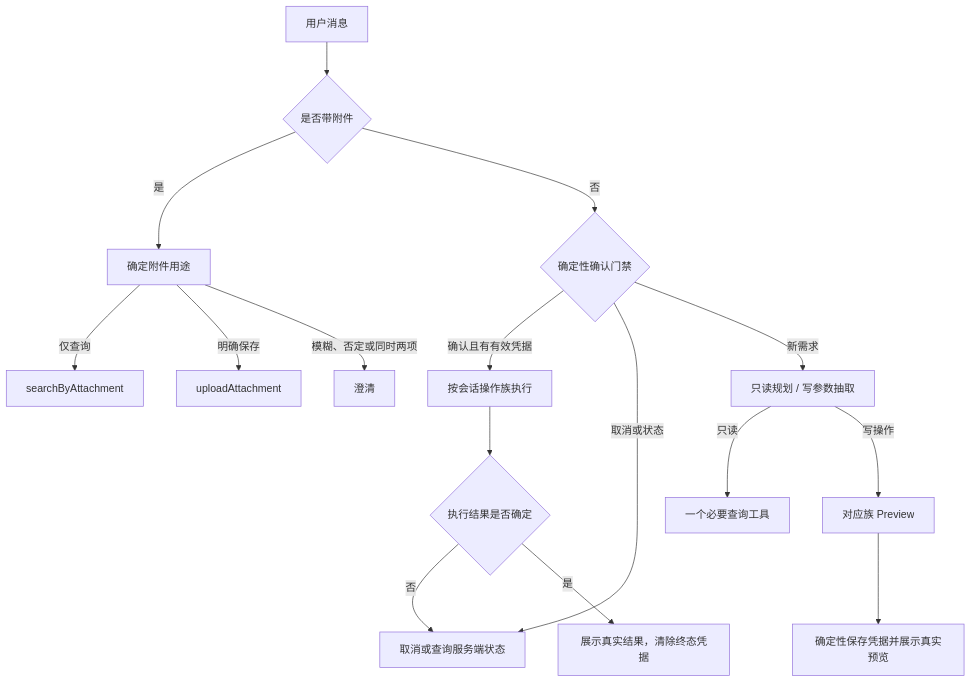
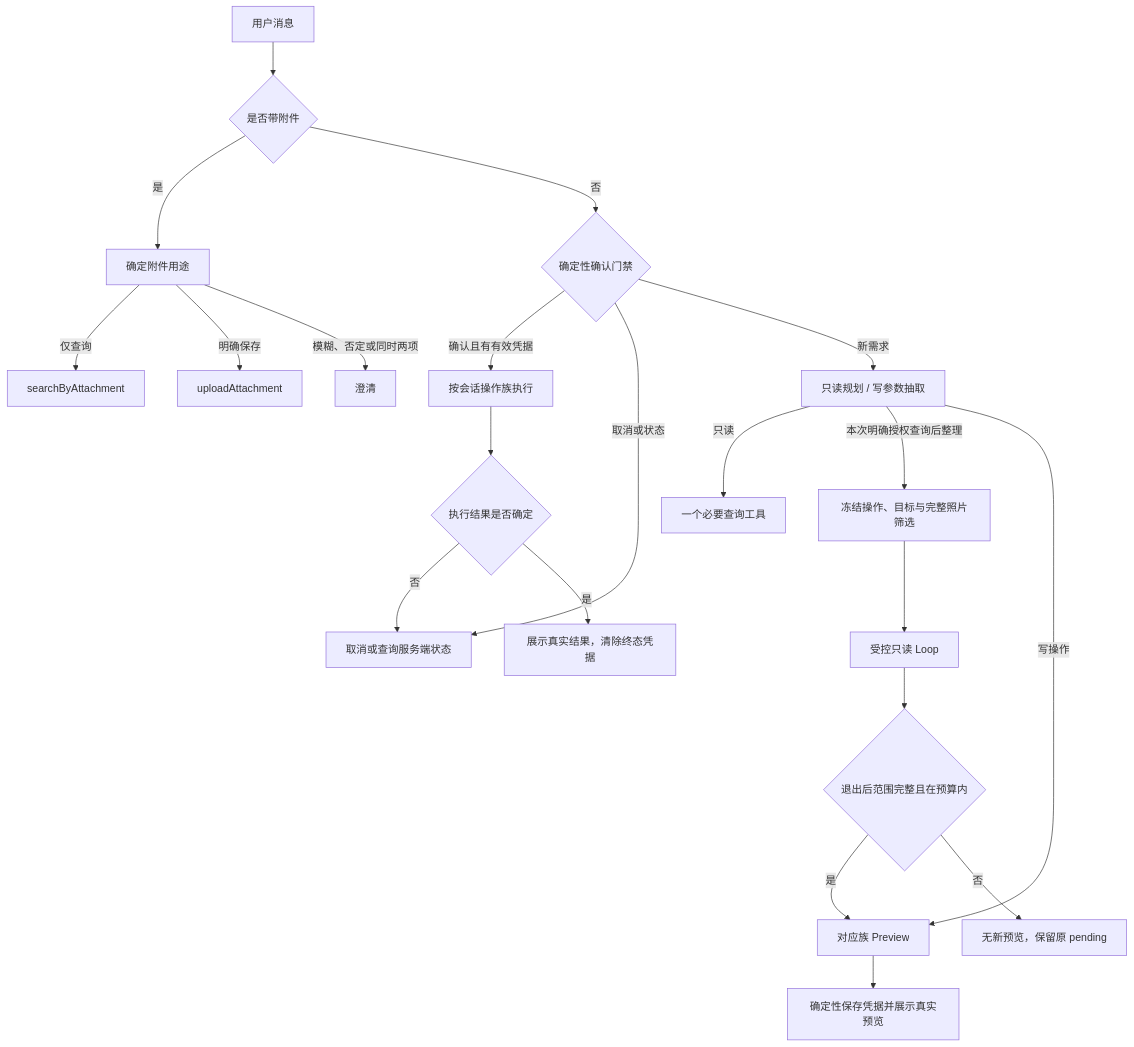
The diagram in docs/dify-agent-write-workflow-guide.md (Jasper-xxx/cloud-album-ai), drawn with Mermaid before and after one commit. The commit also changed other lines of this file and 30 other files, not shown here.

````diff
--- a/docs/dify-agent-write-workflow-guide.md
+++ b/docs/dify-agent-write-workflow-guide.md
@@ -16,18 +18,23 @@
 ```mermaid
 flowchart TD
     A["用户消息"] --> B{"是否带附件"}
     B -->|是| C["确定附件用途"]
     C -->|仅查询| D["searchByAttachment"]
     C -->|明确保存| E["uploadAttachment"]
     C -->|模糊、否定或同时两项| F["澄清"]
     B -->|否| G{"确定性确认门禁"}
     G -->|确认且有有效凭据| H["按会话操作族执行"]
     G -->|取消或状态| I["取消或查询服务端状态"]
     G -->|新需求| J["只读规划 / 写参数抽取"]
     J -->|只读| K["一个必要查询工具"]
+    J -->|本次明确授权查询后整理| P["冻结操作、目标与完整照片筛选"]
+    P --> Q["受控只读 Loop"]
+    Q --> R{"退出后范围完整且在预算内"}
+    R -->|是| L
+    R -->|否| S["无新预览，保留原 pending"]
     J -->|写操作| L["对应族 Preview"]
     L --> M["确定性保存凭据并展示真实预览"]
     H --> N{"执行结果是否确定"}
     N -->|否| I
     N -->|是| O["展示真实结果，清除终态凭据"]
 ```
````
